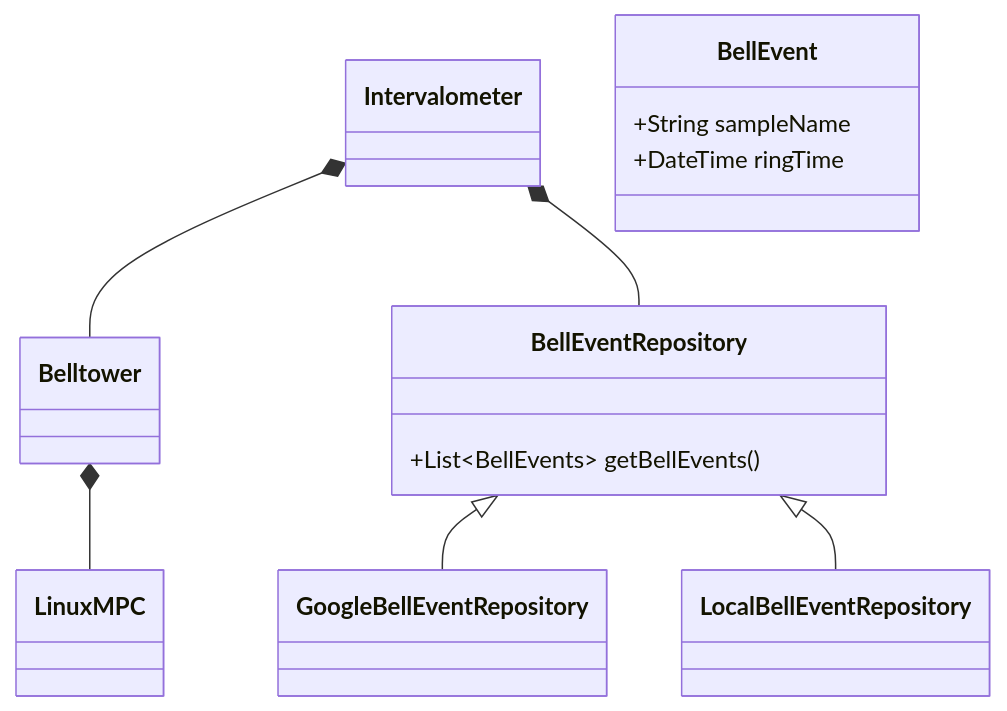
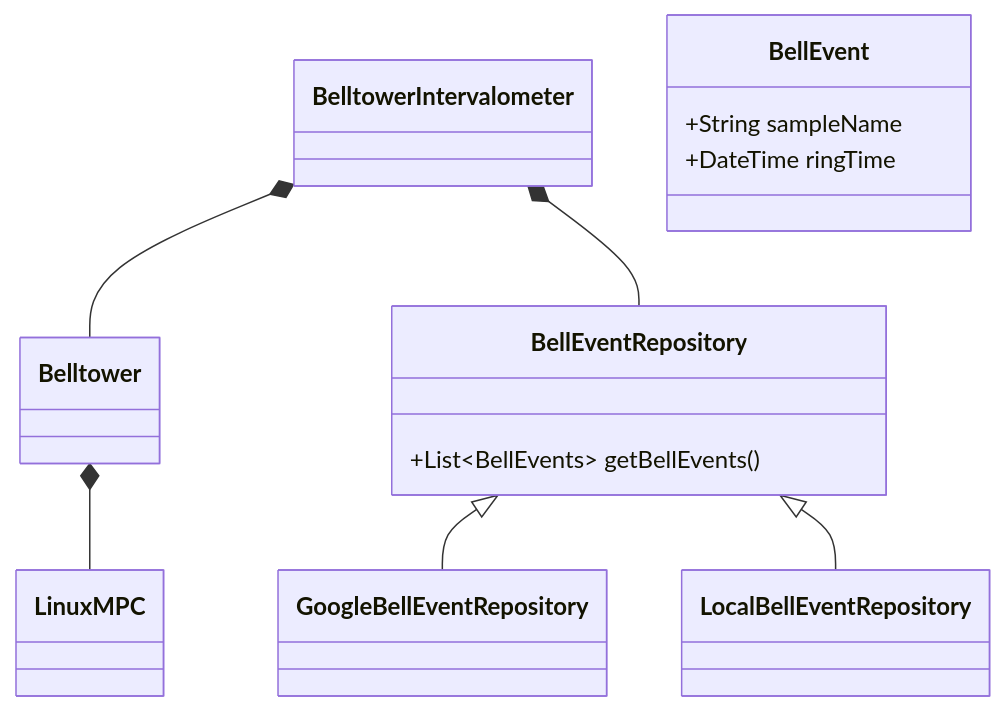
The diagram in server/README.md (jjfraney/bells), drawn with Mermaid before and after one commit. The commit also changed other lines of this file and 14 other files, not shown here.

Commit message:
Implements belltower's Intervalometer.

````diff
--- a/server/README.md
+++ b/server/README.md
@@ -168,17 +172,17 @@
 ```mermaid
     classDiagram
         class Belltower
-        class Intervalometer
+        class BelltowerIntervalometer
         class BellEvent{
             +String sampleName
             +DateTime ringTime
         }
         class BellEventRepository{
             +List~BellEvents~ getBellEvents()
         }
         Belltower *-- LinuxMPC
-        Intervalometer *-- Belltower
-        Intervalometer *--BellEventRepository
+        BelltowerIntervalometer *-- Belltower
+        BelltowerIntervalometer *--BellEventRepository
         BellEventRepository <|-- GoogleBellEventRepository
         BellEventRepository <|-- LocalBellEventRepository
 ```
````
